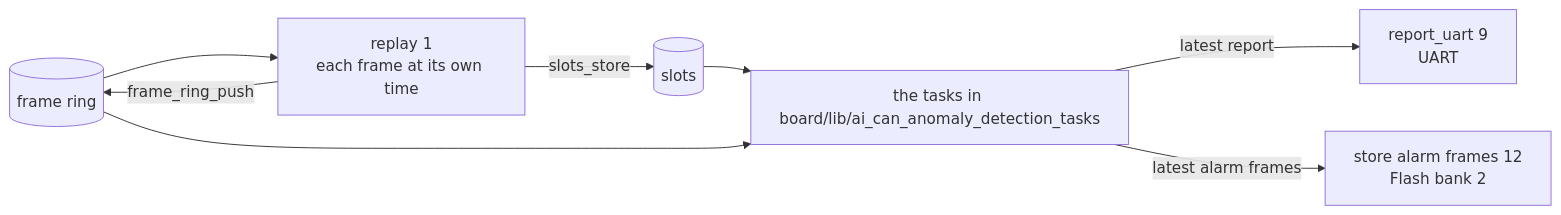
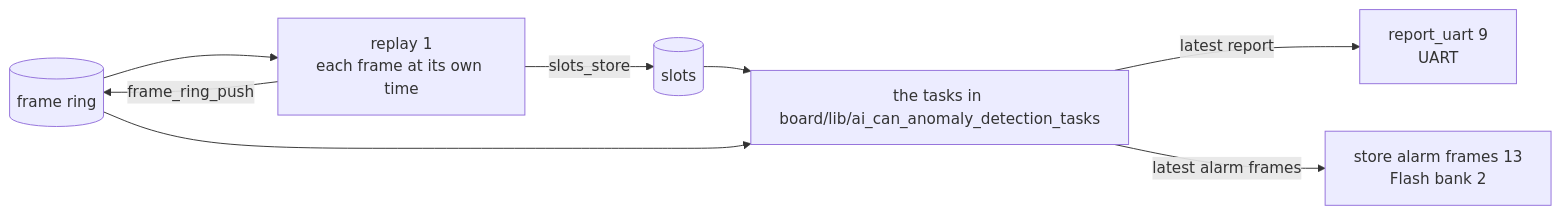
Before and after one commit to asana17/ai_can_anomaly_detection: the diagram in board/application/can_path_from_flash/README.md, drawn with Mermaid. The commit also changed 6 other files, not shown here.

````diff
--- a/board/application/can_path_from_flash/README.md
+++ b/board/application/can_path_from_flash/README.md
@@ -6,10 +6,10 @@
 ```mermaid
 flowchart LR
     frames[(Flash frames)] --> replay["replay 1<br/>each frame at its own time"]
     replay -- slots_store --> slots[(slots)]
     replay -- frame_ring_push --> frames[(frame ring)]
     slots --> tasks["the tasks in board/lib/ai_can_anomaly_detection_tasks"]
     frames --> tasks
     tasks -- latest report --> uart["report_uart 9<br/>UART"]
-    tasks -- latest alarm frames --> store["store alarm frames 12<br/>Flash bank 2"]
+    tasks -- latest alarm frames --> store["store alarm frames 13<br/>Flash bank 2"]
 ```
````
